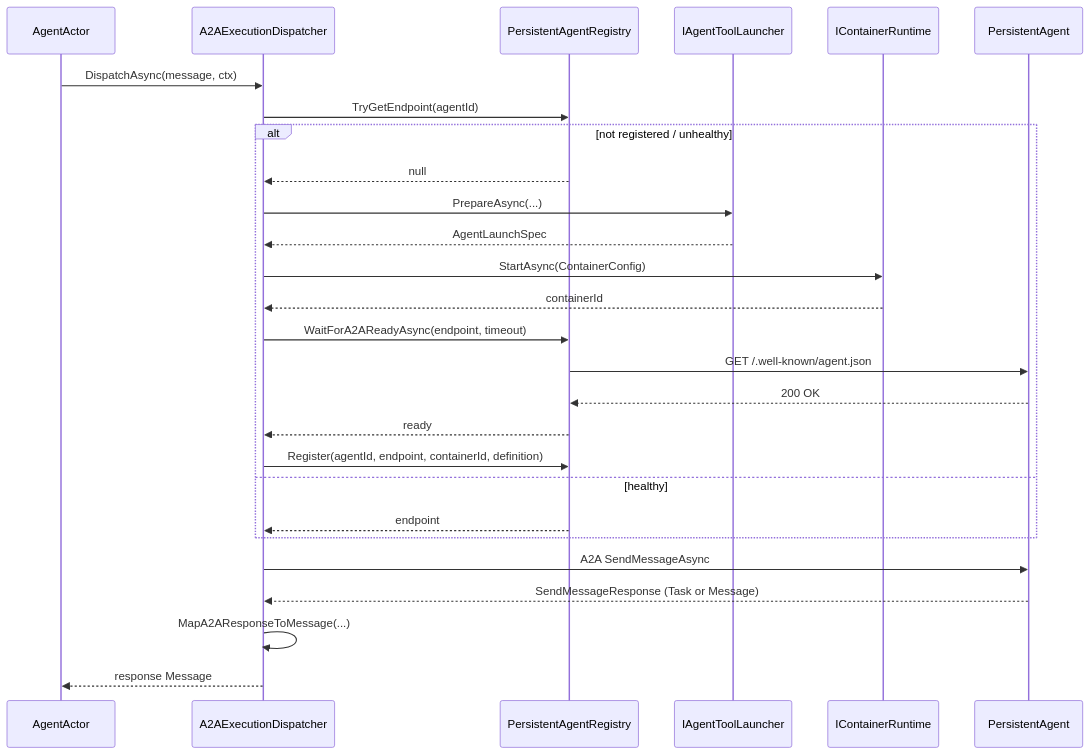
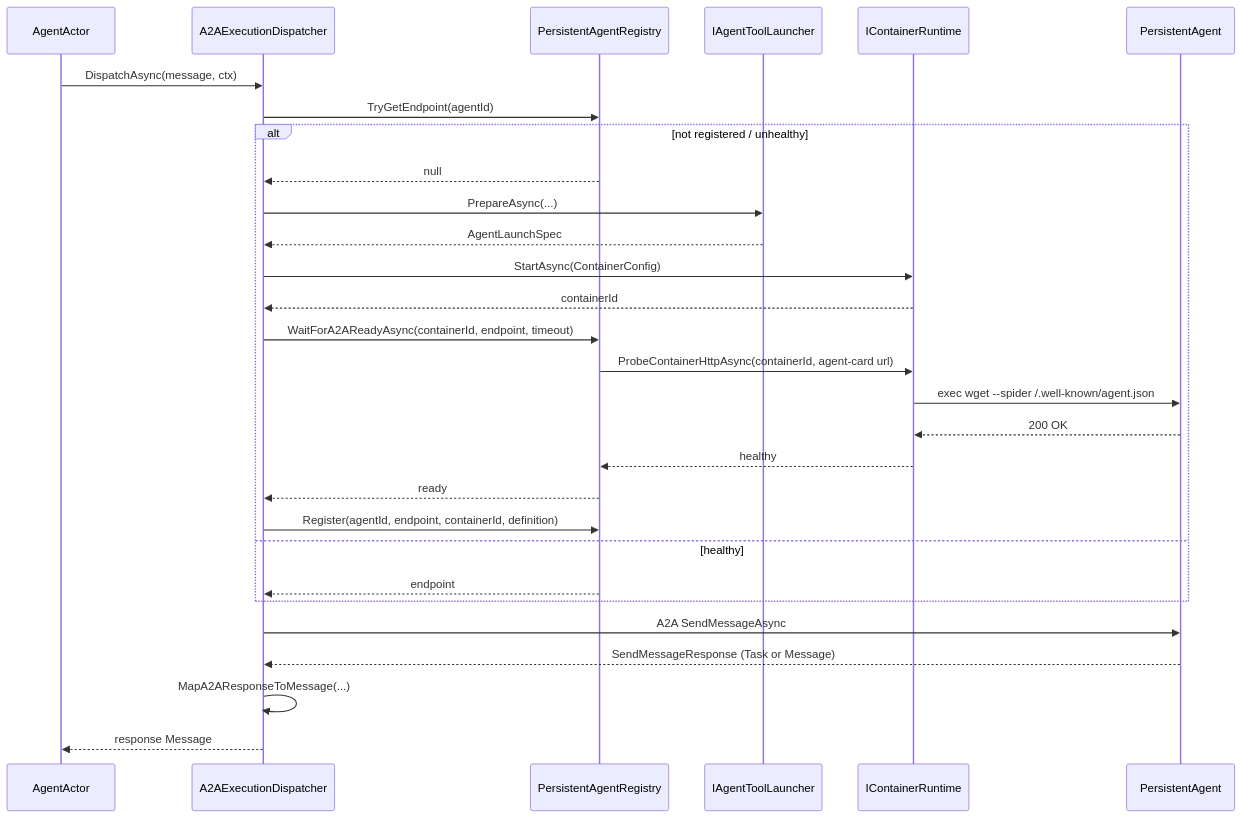
The second of 2 diagrams in docs/architecture/workflows.md (cvoya-com/spring-voyage), drawn with Mermaid before and after one commit. The commit also changed other lines of this file and 8 other files, not shown here.

First line of the commit message:
fix(dapr-agent): keep image workdir + probe readiness via dispatcher (#1159, #1160) (#1163)

````diff
--- a/docs/architecture/workflows.md
+++ b/docs/architecture/workflows.md
@@ -188,30 +188,32 @@
 ```mermaid
 sequenceDiagram
     participant A as AgentActor
     participant Disp as A2AExecutionDispatcher
     participant Registry as PersistentAgentRegistry
     participant Launcher as IAgentToolLauncher
     participant Runtime as IContainerRuntime
     participant Container as PersistentAgent
 
     A->>Disp: DispatchAsync(message, ctx)
     Disp->>Registry: TryGetEndpoint(agentId)
     alt not registered / unhealthy
         Registry-->>Disp: null
         Disp->>Launcher: PrepareAsync(...)
         Launcher-->>Disp: AgentLaunchSpec
         Disp->>Runtime: StartAsync(ContainerConfig)
         Runtime-->>Disp: containerId
-        Disp->>Registry: WaitForA2AReadyAsync(endpoint, timeout)
-        Registry->>Container: GET /.well-known/agent.json
-        Container-->>Registry: 200 OK
+        Disp->>Registry: WaitForA2AReadyAsync(containerId, endpoint, timeout)
+        Registry->>Runtime: ProbeContainerHttpAsync(containerId, agent-card url)
+        Runtime->>Container: exec wget --spider /.well-known/agent.json
+        Container-->>Runtime: 200 OK
+        Runtime-->>Registry: healthy
         Registry-->>Disp: ready
         Disp->>Registry: Register(agentId, endpoint, containerId, definition)
     else healthy
         Registry-->>Disp: endpoint
     end
     Disp->>Container: A2A SendMessageAsync
     Container-->>Disp: SendMessageResponse (Task or Message)
     Disp->>Disp: MapA2AResponseToMessage(...)
     Disp-->>A: response Message
 ```
````
